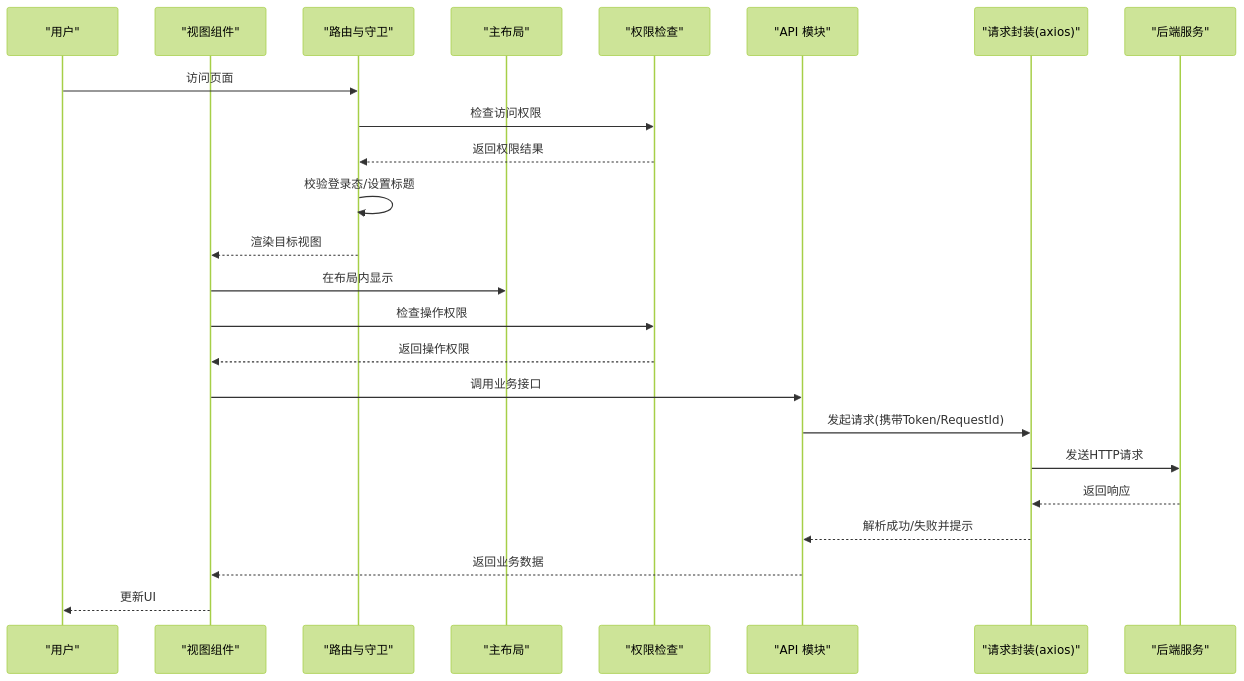
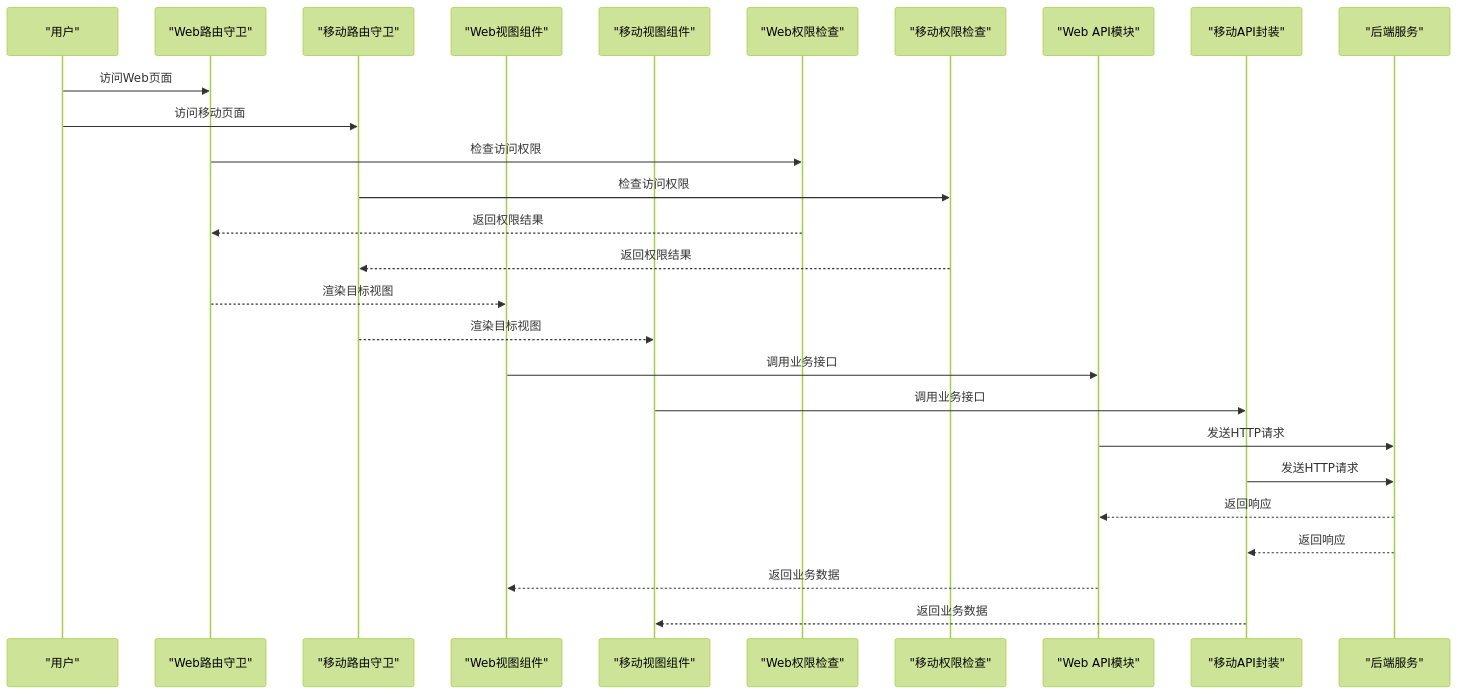
The second of 10 diagrams in .qoder/repowiki/zh/content/前端应用文档/前端应用文档.md (q446328246/agri-platform), drawn with Mermaid (forest theme) before and after one commit. The commit also changed other lines of this file and 5 other files, not shown here.

````diff
--- a/.qoder/repowiki/zh/content/前端应用文档/前端应用文档.md
+++ b/.qoder/repowiki/zh/content/前端应用文档/前端应用文档.md
@@ -209,26 +183,29 @@
 ```mermaid
 sequenceDiagram
 participant User as "用户"
-participant View as "视图组件"
-participant Router as "路由与守卫"
-participant Layout as "主布局"
-participant Permission as "权限检查"
-participant API as "API 模块"
-participant HTTP as "请求封装(axios)"
+participant WebRouter as "Web路由守卫"
+participant MobileRouter as "移动路由守卫"
+participant WebView as "Web视图组件"
+participant MobileView as "移动视图组件"
+participant WebAuth as "Web权限检查"
+participant MobileAuth as "移动权限检查"
+participant WebAPI as "Web API模块"
+participant MobileAPI as "移动API封装"
 participant Server as "后端服务"
-User->>Router : 访问页面
-Router->>Permission : 检查访问权限
-Permission-->>Router : 返回权限结果
-Router->>Router : 校验登录态/设置标题
-Router-->>View : 渲染目标视图
-View->>Layout : 在布局内显示
-View->>Permission : 检查操作权限
-Permission-->>View : 返回操作权限
-View->>API : 调用业务接口
-API->>HTTP : 发起请求(携带Token/RequestId)
-HTTP->>Server : 发送HTTP请求
-Server-->>HTTP : 返回响应
-HTTP-->>API : 解析成功/失败并提示
-API-->>View : 返回业务数据
-View-->>User : 更新UI
+User->>WebRouter : 访问Web页面
+User->>MobileRouter : 访问移动页面
+WebRouter->>WebAuth : 检查访问权限
+MobileRouter->>MobileAuth : 检查访问权限
+WebAuth-->>WebRouter : 返回权限结果
+MobileAuth-->>MobileRouter : 返回权限结果
+WebRouter-->>WebView : 渲染目标视图
+MobileRouter-->>MobileView : 渲染目标视图
+WebView->>WebAPI : 调用业务接口
+MobileView->>MobileAPI : 调用业务接口
+WebAPI->>Server : 发送HTTP请求
+MobileAPI->>Server : 发送HTTP请求
+Server-->>WebAPI : 返回响应
+Server-->>MobileAPI : 返回响应
+WebAPI-->>WebView : 返回业务数据
+MobileAPI-->>MobileView : 返回业务数据
 ```
````
